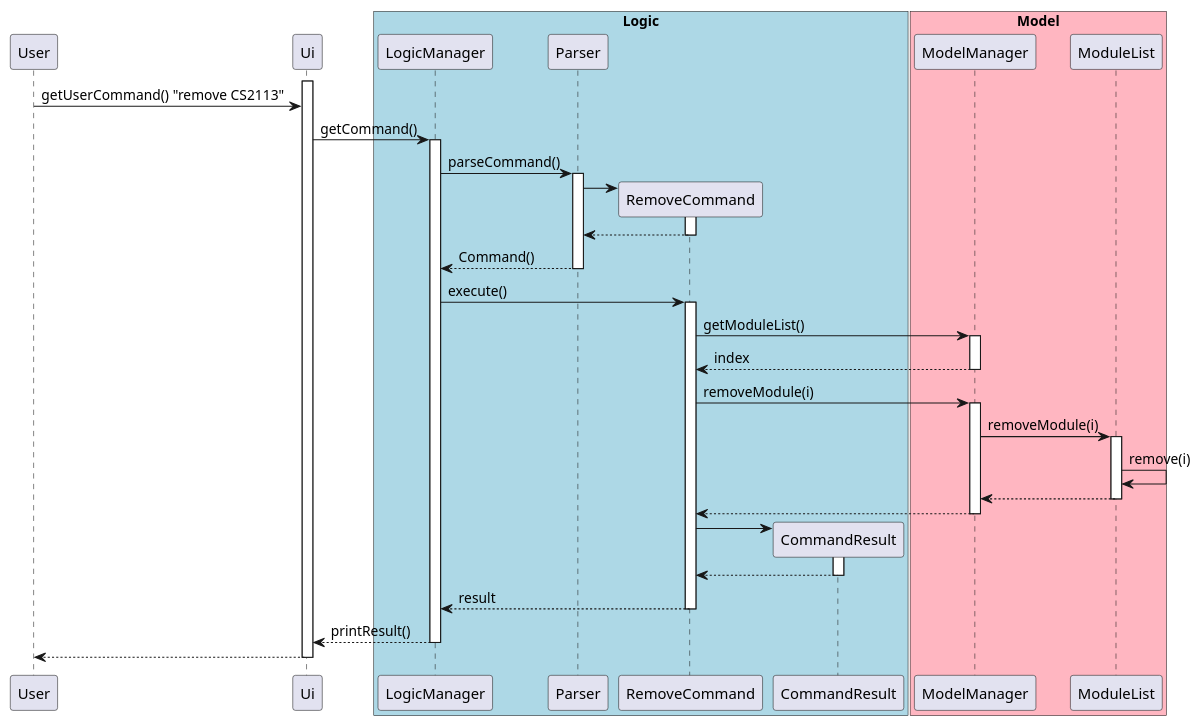
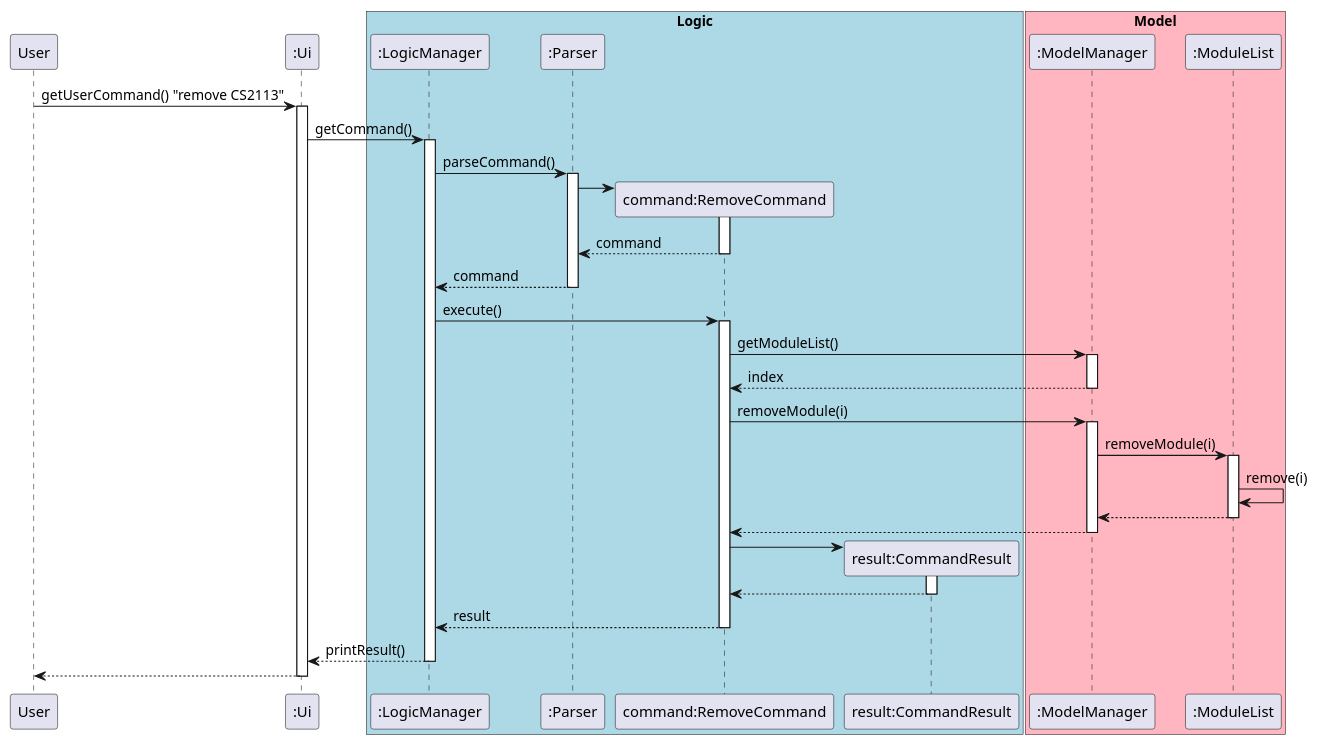
One commit to sriram-senthilkr/tp changed the diagram in docs/uml/sourcecode/RemoveModSequence.puml. Above: the diagram before and after it, drawn with PlantUML. The commit also changed 20 other files, not shown here.

Commit message:
Fix diagrams 1

```diff
--- a/docs/uml/sourcecode/RemoveModSequence.puml
+++ b/docs/uml/sourcecode/RemoveModSequence.puml
@@ -1,73 +1,82 @@
 @startuml
 participant User
+participant ":Ui" as Ui
+
+box "Logic" #LightBlue
+participant ":LogicManager" as LogicManager
+participant ":Parser" as Parser
+participant "command:RemoveCommand" as RemoveCommand
+participant "result:CommandResult" as CommandResult
+end box
+
+box "Model" #LightPink
+participant ":ModelManager" as ModelManager
+participant ":ModuleList" as ModuleList
+end box
+
+
+User -> Ui: getUserCommand() "remove CS2113"
 
 activate Ui
-User -> Ui: getUserCommand() "remove CS2113"
-box "Logic" #LightBlue
 Ui -> LogicManager: getCommand()
 activate LogicManager
 
 
 LogicManager -> Parser: parseCommand()
 activate Parser
 
-
 create RemoveCommand
 Parser -> RemoveCommand
 activate RemoveCommand
 
-RemoveCommand --> Parser:
+RemoveCommand --> Parser: command
 deactivate RemoveCommand
 
 
-Parser --> LogicManager: Command()
+Parser --> LogicManager: command
 deactivate Parser
 
+LogicManager -> RemoveCommand: execute()
 
-LogicManager -> RemoveCommand: execute()
-participant CommandResult
-end box
-
-box "Model" #LightPink
 activate RemoveCommand
 
 RemoveCommand -> ModelManager: getModuleList()
 activate ModelManager
 ModelManager --> RemoveCommand: index
 deactivate ModelManager
 
 RemoveCommand -> ModelManager: removeModule(i)
 
 activate ModelManager
 
 ModelManager -> ModuleList: removeModule(i)
 activate ModuleList
 
 ModuleList -> ModuleList: remove(i)
 
 ModuleList --> ModelManager: 
 deactivate ModuleList
 
 ModelManager --> RemoveCommand
 deactivate ModelManager
 
 create CommandResult
 
 RemoveCommand -> CommandResult
 activate CommandResult
 CommandResult --> RemoveCommand
 deactivate CommandResult
 
 RemoveCommand --> LogicManager: result
 deactivate RemoveCommand
 
 LogicManager --> Ui: printResult()
 deactivate LogicManager
 
 Ui --> User
 deactivate Ui
 
 
 
 
 @enduml
```
